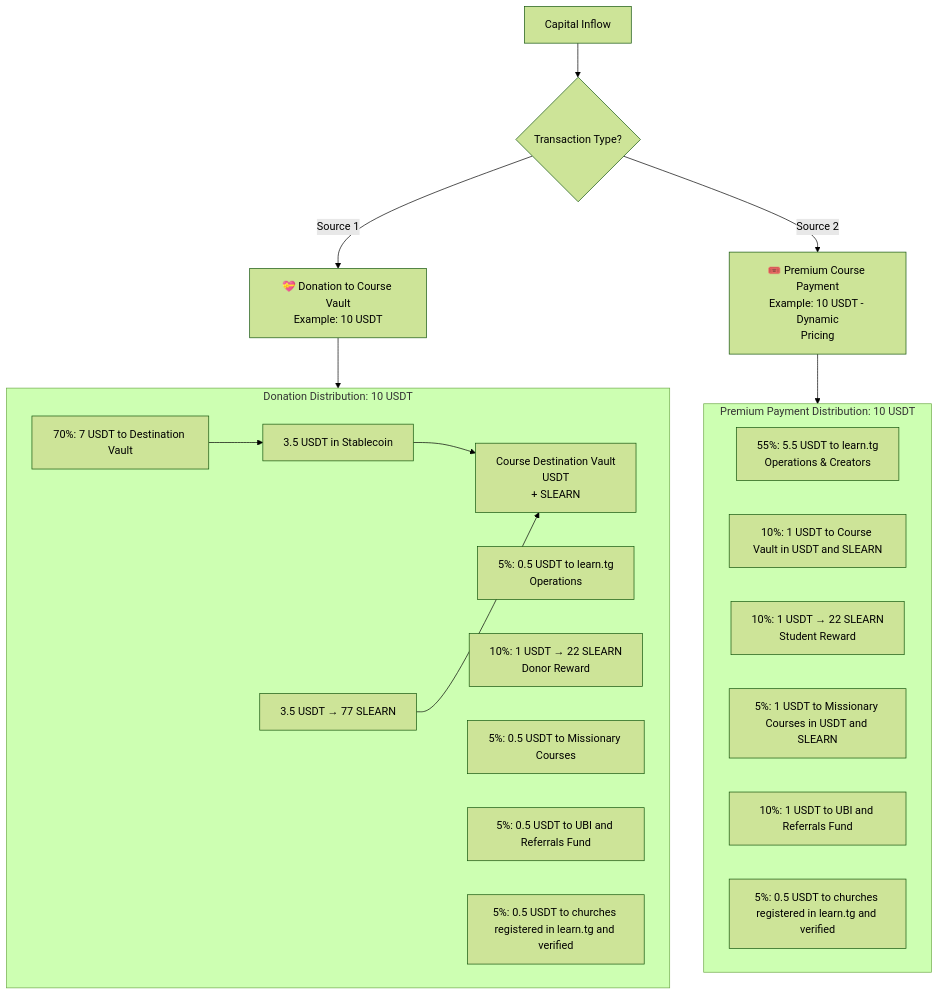
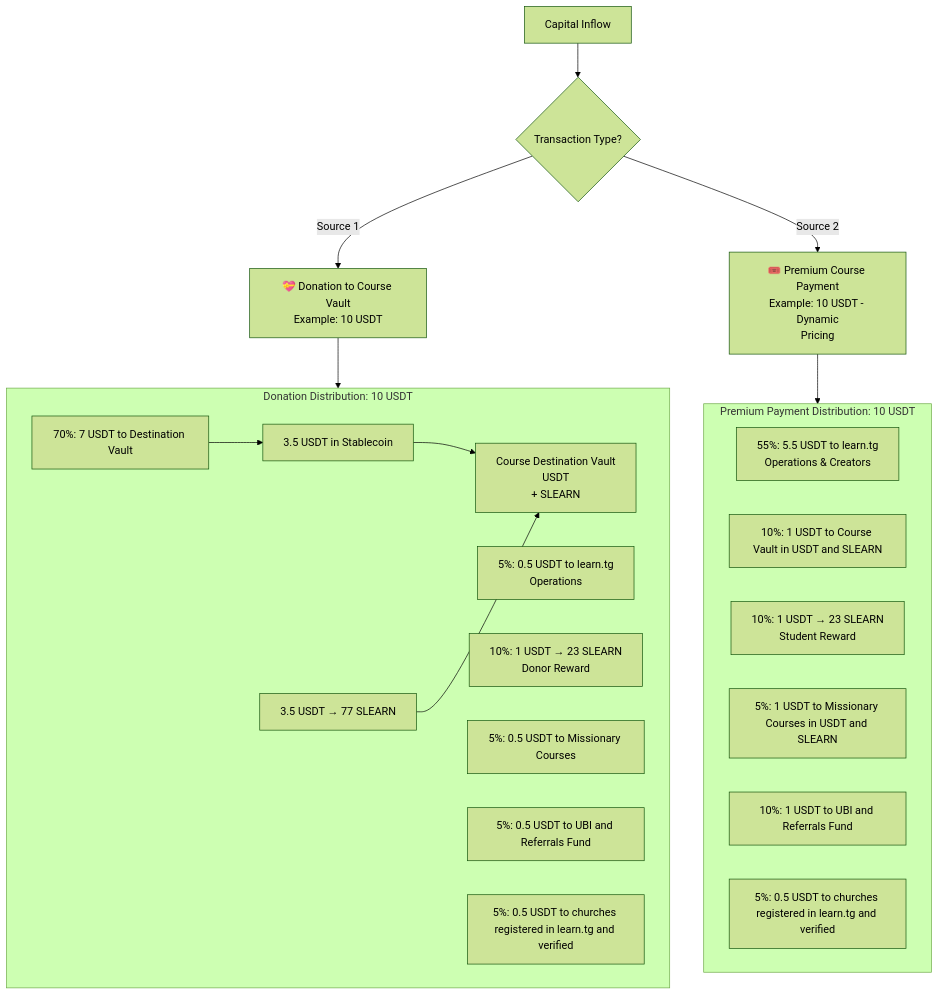
Before and after one commit to pasosdeJesus/learn.tg: the first of 3 diagrams in SLEARN-WHITEPAPER.md, drawn with Mermaid (forest theme). The commit also changed other lines of this file, not shown here.

````diff
--- a/SLEARN-WHITEPAPER.md
+++ b/SLEARN-WHITEPAPER.md
@@ -69,35 +69,35 @@
 ```mermaid
 flowchart TB
     A[Capital Inflow] --> B{Transaction Type?}
     
     B -->|Source 1| C[💝 Donation to Course Vault<br>Example: 10 USDT]
     B -->|Source 2| D[🎟️ Premium Course Payment<br>Example: 10 USDT - Dynamic
 Pricing]
     
     C --> C1[Donation Distribution]
     D --> D1[Payment Distribution]
     
     subgraph C1 [Donation Distribution: 10 USDT]
         direction LR
         C1_1[70%: 7 USDT to Destination Vault] --> C1_1a
         C1_2[5%: 0.5 USDT to learn.tg<br>Operations]
-        C1_3[10%: 1 USDT → 22 SLEARN<br>Donor Reward]
+        C1_3[10%: 1 USDT → 23 SLEARN<br>Donor Reward]
         C1_4[5%: 0.5 USDT to Missionary Courses]
         C1_5[5%: 0.5 USDT to UBI and Referrals Fund]
         C1_6[5%: 0.5 USDT to churches registered in learn.tg and verified]
         
         C1_1a[3.5 USDT in Stablecoin] --> C1_1b[Course Destination Vault<br>USDT
 + SLEARN]
         C1_1a2[3.5 USDT → 77 SLEARN] --> C1_1b
     end
     
     subgraph D1 [Premium Payment Distribution: 10 USDT]
         direction LR
         D1_1[55%: 5.5 USDT to learn.tg<br>Operations & Creators]
         D1_2[10%: 1 USDT to Course Vault in USDT and SLEARN]
-        D1_3[10%: 1 USDT → 22 SLEARN<br>Student Reward]
+        D1_3[10%: 1 USDT → 23 SLEARN<br>Student Reward]
         D1_4[5%: 1 USDT to Missionary Courses in USDT and SLEARN]
         D1_5[10%: 1 USDT to UBI and Referrals Fund]
         D1_6[5%: 0.5 USDT to churches registered in learn.tg and verified]
     end
 ```
````
